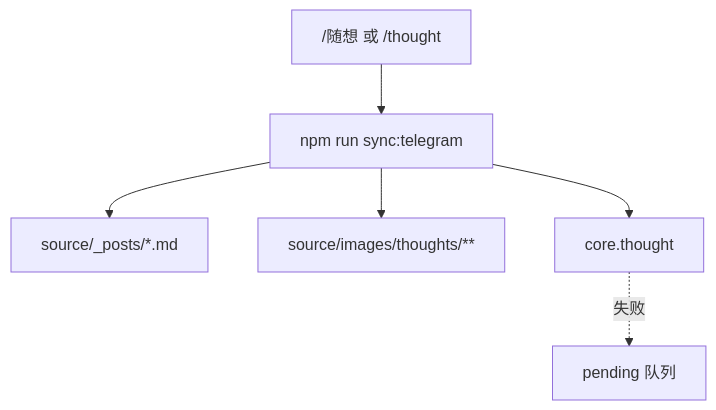
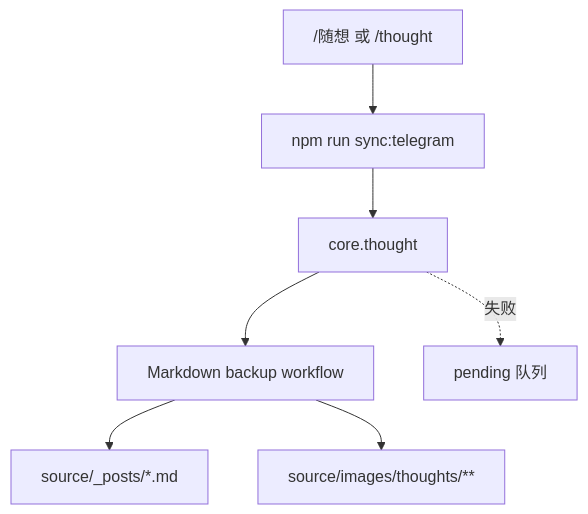
The third of 4 diagrams in docs/数据流转/数据流转说明.md (soulgo/training_records), drawn with Mermaid before and after one commit. The commit also changed other lines of this file and 38 other files, not shown here.

````diff
--- a/docs/数据流转/数据流转说明.md
+++ b/docs/数据流转/数据流转说明.md
@@ -62,8 +56,9 @@
 ```mermaid
 flowchart TD
   T["/随想 或 /thought"] --> S["npm run sync:telegram"]
-  S --> P["source/_posts/*.md"]
-  S --> I["source/images/thoughts/**"]
   S --> DB["core.thought"]
+  DB --> B["Markdown backup workflow"]
+  B --> P["source/_posts/*.md"]
+  B --> I["source/images/thoughts/**"]
   DB -. "失败" .-> Q["pending 队列"]
 ```
````
